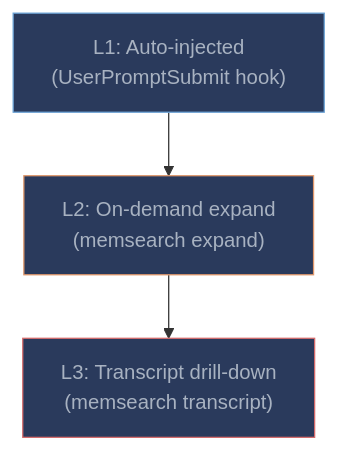
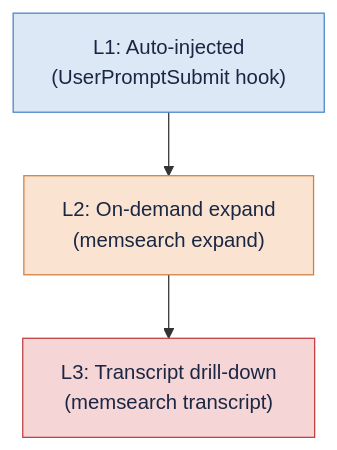
One commit to HongzhuLiu/memsearch changed the fourth of 4 diagrams in docs/claude-plugin.md. Above: the diagram before and after it, drawn with Mermaid. The commit also changed other lines of this file and 1 other file, not shown here.

First line of the commit message:
Docs: per-framework install instructions, sync lifecycle diagram

````diff
--- a/docs/claude-plugin.md
+++ b/docs/claude-plugin.md
@@ -184,9 +186,9 @@
 ```mermaid
 graph TD
     L1["L1: Auto-injected<br/>(UserPromptSubmit hook)"] --> L2["L2: On-demand expand<br/>(memsearch expand)"]
     L2 --> L3["L3: Transcript drill-down<br/>(memsearch transcript)"]
 
-    style L1 fill:#2a3a5c,stroke:#6ba3d6,color:#a8b2c1
-    style L2 fill:#2a3a5c,stroke:#e0976b,color:#a8b2c1
-    style L3 fill:#2a3a5c,stroke:#d66b6b,color:#a8b2c1
+    style L1 fill:#dce8f5,stroke:#4a86c8,color:#1a2744
+    style L2 fill:#fae3d0,stroke:#d08040,color:#1a2744
+    style L3 fill:#f5d5d5,stroke:#c04040,color:#1a2744
 ```
````
